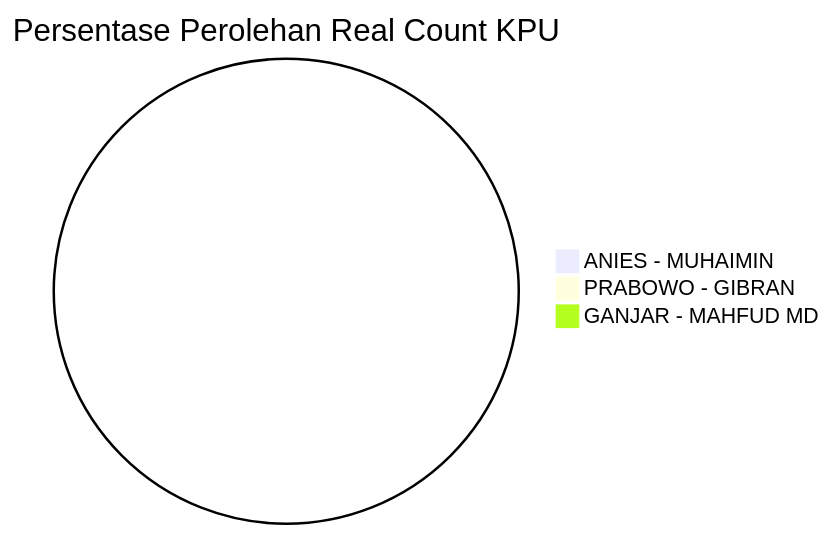
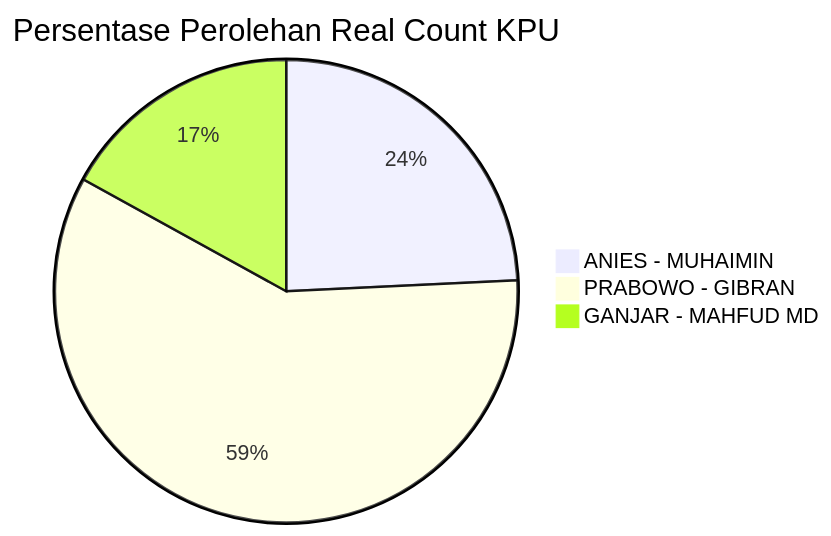
Before and after one commit to ptdede/github-workflow-playground: the diagram in README.md, drawn with Mermaid. The commit also changed other lines of this file, not shown here.

Commit message:
chore(KPU): gather new pilpres data

````diff
--- a/README.md
+++ b/README.md
@@ -5,6 +4,6 @@
 ```mermaid
 pie title Persentase Perolehan Real Count KPU
-    "ANIES - MUHAIMIN" : 0
-    "PRABOWO - GIBRAN" : 0
-    "GANJAR - MAHFUD MD" : 0
+    "ANIES - MUHAIMIN" : 24109127
+    "PRABOWO - GIBRAN" : 58445261
+    "GANJAR - MAHFUD MD" : 16886080
 ```
````
